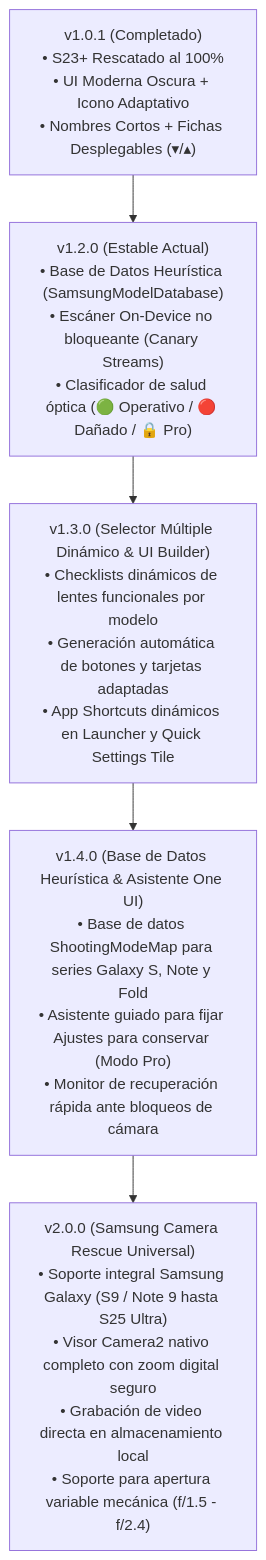
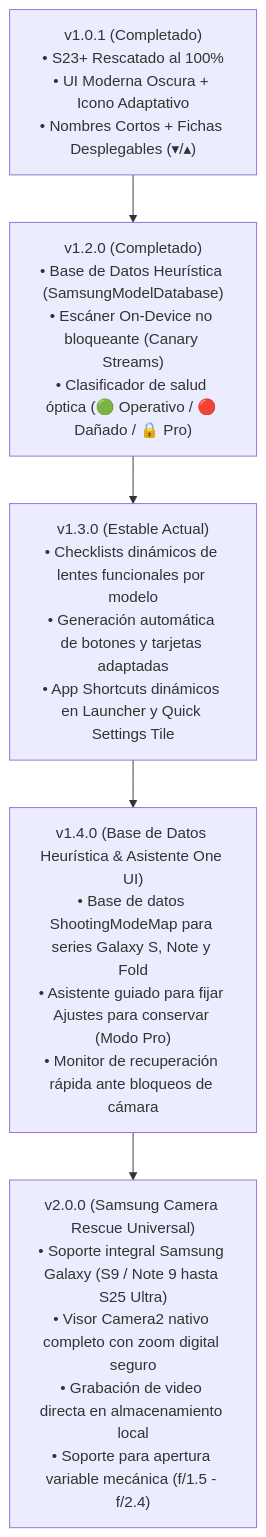
Before and after one commit to benedetto597/camera-rescue: the diagram in docs/ROADMAP.md, drawn with Mermaid. The commit also changed other lines of this file and 4 other files, not shown here.

Commit message:
docs: document v1.3.0 dynamic selector, UI builder, shortcuts, and quick tile

````diff
--- a/docs/ROADMAP.md
+++ b/docs/ROADMAP.md
@@ -11,17 +11,17 @@
 ```mermaid
 flowchart TD
     v101["v1.0.1 (Completado)<br/>• S23+ Rescatado al 100%<br/>• UI Moderna Oscura + Icono Adaptativo<br/>• Nombres Cortos + Fichas Desplegables (▾/▴)"]
     
-    v120["v1.2.0 (Estable Actual)<br/>• Base de Datos Heurística (SamsungModelDatabase)<br/>• Escáner On-Device no bloqueante (Canary Streams)<br/>• Clasificador de salud óptica (🟢 Operativo / 🔴 Dañado / 🔒 Pro)"]
+    v120["v1.2.0 (Completado)<br/>• Base de Datos Heurística (SamsungModelDatabase)<br/>• Escáner On-Device no bloqueante (Canary Streams)<br/>• Clasificador de salud óptica (🟢 Operativo / 🔴 Dañado / 🔒 Pro)"]
     
-    v130["v1.3.0 (Selector Múltiple Dinámico & UI Builder)<br/>• Checklists dinámicos de lentes funcionales por modelo<br/>• Generación automática de botones y tarjetas adaptadas<br/>• App Shortcuts dinámicos en Launcher y Quick Settings Tile"]
+    v130["v1.3.0 (Estable Actual)<br/>• Checklists dinámicos de lentes funcionales por modelo<br/>• Generación automática de botones y tarjetas adaptadas<br/>• App Shortcuts dinámicos en Launcher y Quick Settings Tile"]
     
     v140["v1.4.0 (Base de Datos Heurística & Asistente One UI)<br/>• Base de datos ShootingModeMap para series Galaxy S, Note y Fold<br/>• Asistente guiado para fijar Ajustes para conservar (Modo Pro)<br/>• Monitor de recuperación rápida ante bloqueos de cámara"]
     
     v200["v2.0.0 (Samsung Camera Rescue Universal)<br/>• Soporte integral Samsung Galaxy (S9 / Note 9 hasta S25 Ultra)<br/>• Visor Camera2 nativo completo con zoom digital seguro<br/>• Grabación de video directa en almacenamiento local<br/>• Soporte para apertura variable mecánica (f/1.5 - f/2.4)"]
 
     v101 --> v120
     v120 --> v130
     v130 --> v140
     v140 --> v200
 ```
````
